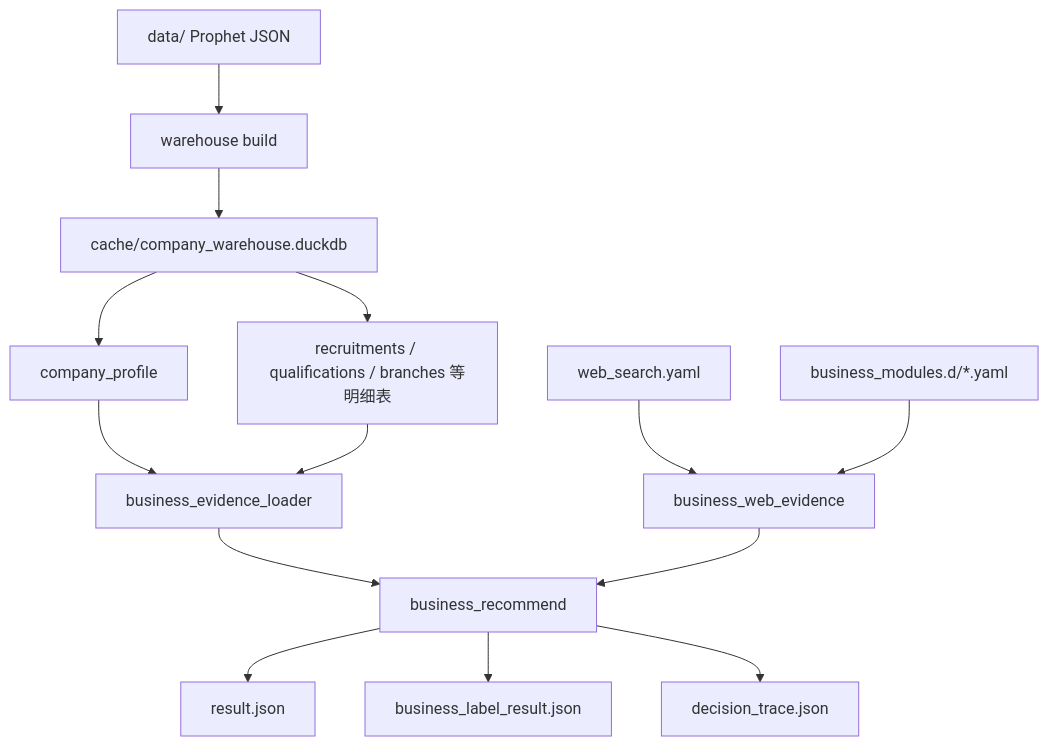
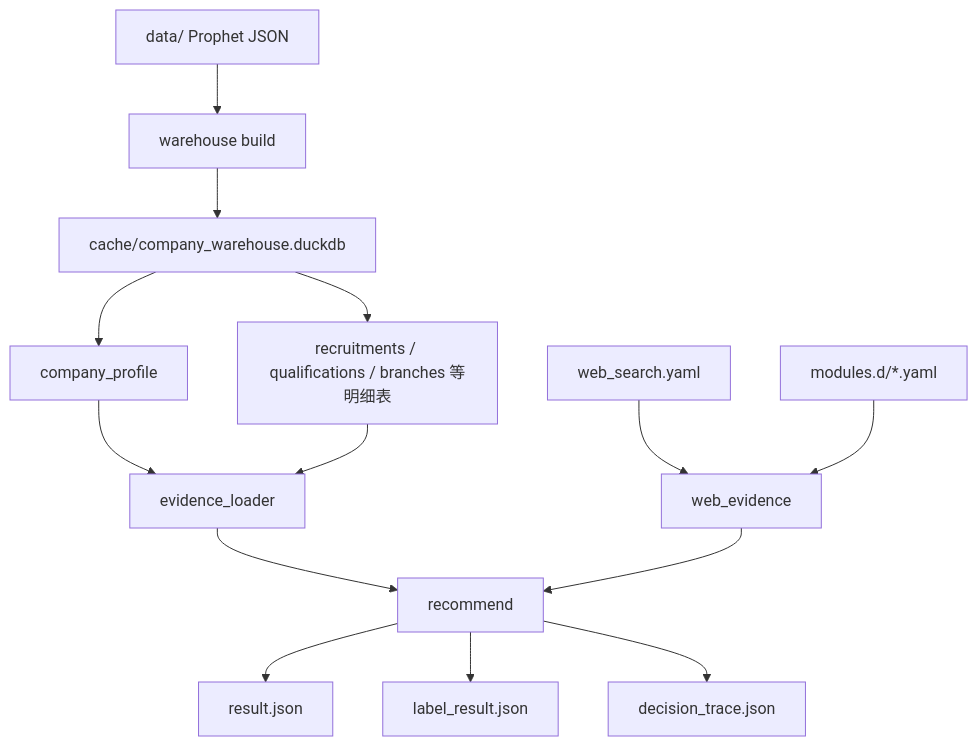
Before and after one commit to leeing/xft-dd: the third of 3 diagrams in docs/ARCHITECTURE.md, drawn with Mermaid. The commit also changed other lines of this file and 39 other files, not shown here.

````diff
--- a/docs/ARCHITECTURE.md
+++ b/docs/ARCHITECTURE.md
@@ -68,16 +68,16 @@
 ```mermaid
 flowchart TB
     raw["data/ Prophet JSON"] --> etl["warehouse build"]
     etl --> duck["cache/company_warehouse.duckdb"]
     duck --> profile["company_profile"]
     duck --> details["recruitments / qualifications / branches 等明细表"]
-    profile --> local["business_evidence_loader"]
+    profile --> local["evidence_loader"]
     details --> local
-    local --> biz["business_recommend"]
-    webcfg["web_search.yaml"] --> web["business_web_evidence"]
-    modcfg["business_modules.d/*.yaml"] --> web
+    local --> biz["recommend"]
+    webcfg["web_search.yaml"] --> web["web_evidence"]
+    modcfg["modules.d/*.yaml"] --> web
     web --> biz
     biz --> result["result.json"]
-    biz --> detail["business_label_result.json"]
+    biz --> detail["label_result.json"]
     biz --> trace["decision_trace.json"]
 ```
````
